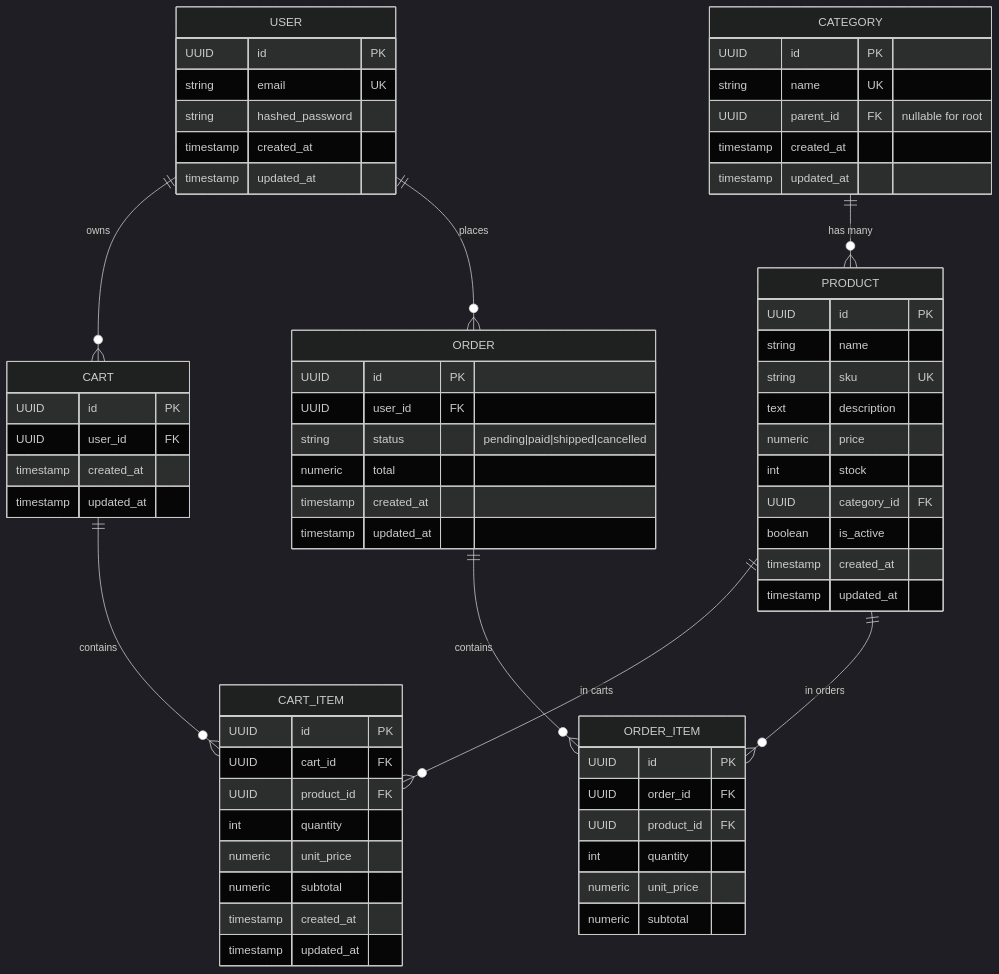
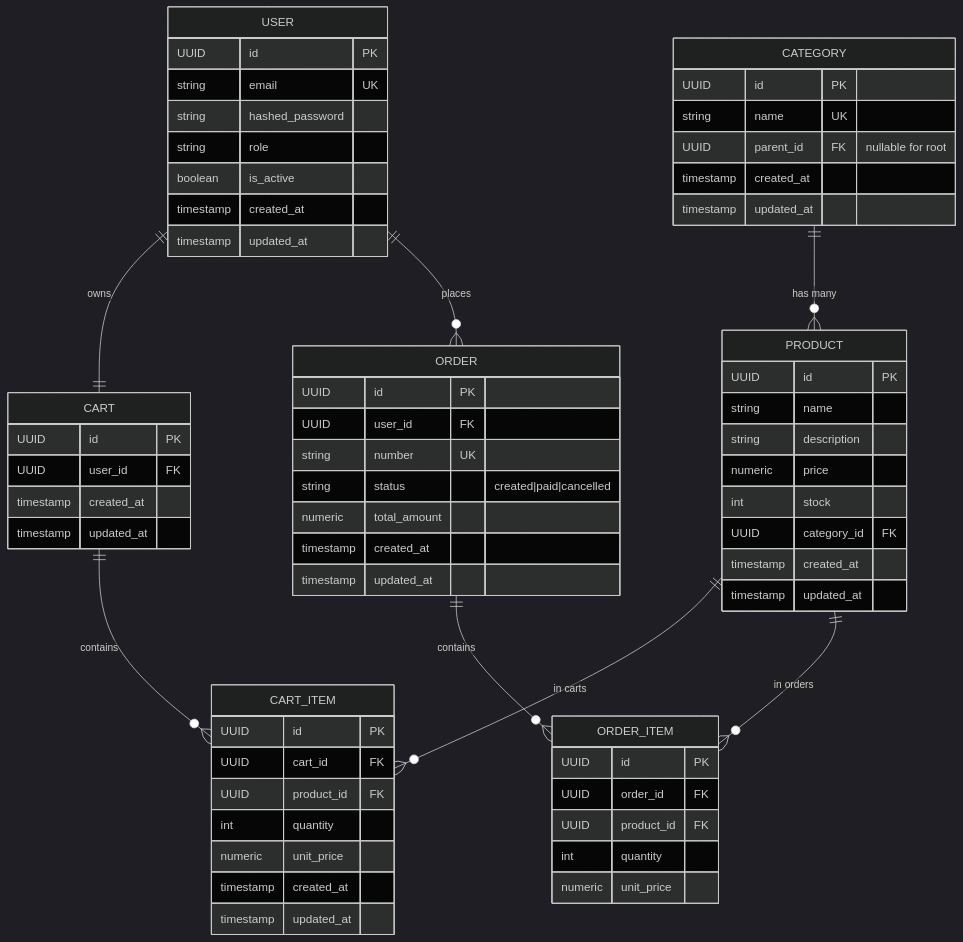
Before and after one commit to mouakos/ecommerce-api: the diagram in README.md, drawn with Mermaid (dark theme). The commit also changed other lines of this file and 3 other files, not shown here.

````diff
--- a/README.md
+++ b/README.md
@@ -76,78 +113,76 @@
 ```mermaid
 erDiagram
-    USER ||--o{ CART : "owns"
+    USER ||--|| CART : "owns"
     USER ||--o{ ORDER : "places"
 
     CATEGORY ||--o{ PRODUCT : "has many"
     PRODUCT ||--o{ CART_ITEM : "in carts"
     PRODUCT ||--o{ ORDER_ITEM : "in orders"
 
     CART ||--o{ CART_ITEM : "contains"
     ORDER ||--o{ ORDER_ITEM : "contains"
 
     USER {
         UUID id PK
         string email UK
         string hashed_password
+        string role
+        boolean is_active
         timestamp created_at
         timestamp updated_at
     }
 
     CATEGORY {
         UUID id PK
         string name UK
         UUID parent_id FK "nullable for root"
         timestamp created_at
         timestamp updated_at
     }
 
     PRODUCT {
         UUID id PK
         string name
-        string sku UK
-        text description
+        string description
         numeric price
         int stock
         UUID category_id FK
-        boolean is_active
         timestamp created_at
         timestamp updated_at
     }
 
     CART {
         UUID id PK
         UUID user_id FK
         timestamp created_at
         timestamp updated_at
     }
 
     CART_ITEM {
         UUID id PK
         UUID cart_id FK
         UUID product_id FK
         int quantity
         numeric unit_price
-        numeric subtotal
         timestamp created_at
         timestamp updated_at
     }
 
     ORDER {
         UUID id PK
         UUID user_id FK
-        string status "pending|paid|shipped|cancelled"
-        numeric total
+        string number UK
+        string status "created|paid|cancelled"
+        numeric total_amount
         timestamp created_at
         timestamp updated_at
     }
 
     ORDER_ITEM {
         UUID id PK
         UUID order_id FK
         UUID product_id FK
         int quantity
         numeric unit_price
-        numeric subtotal
     }
-
 ```
````
